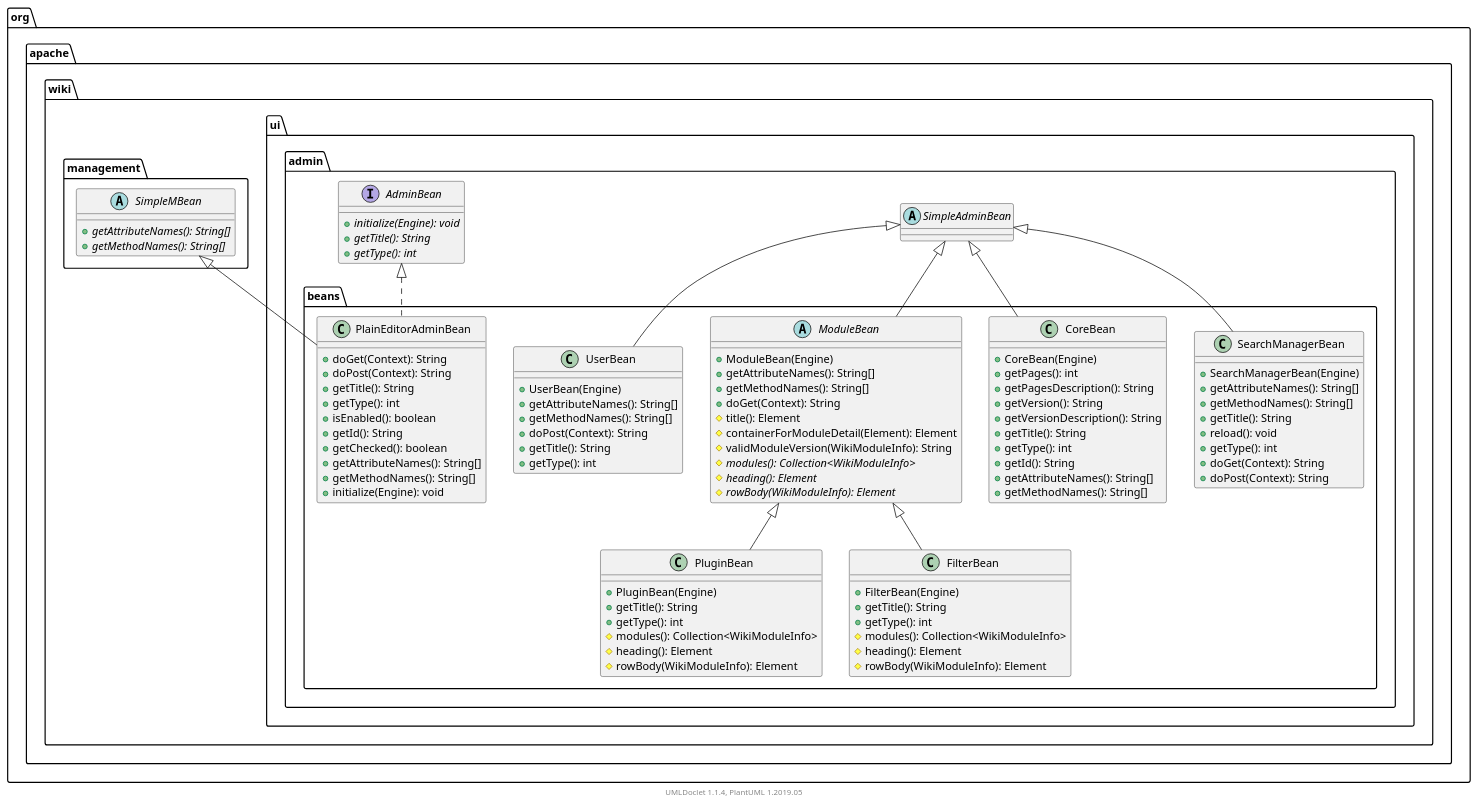
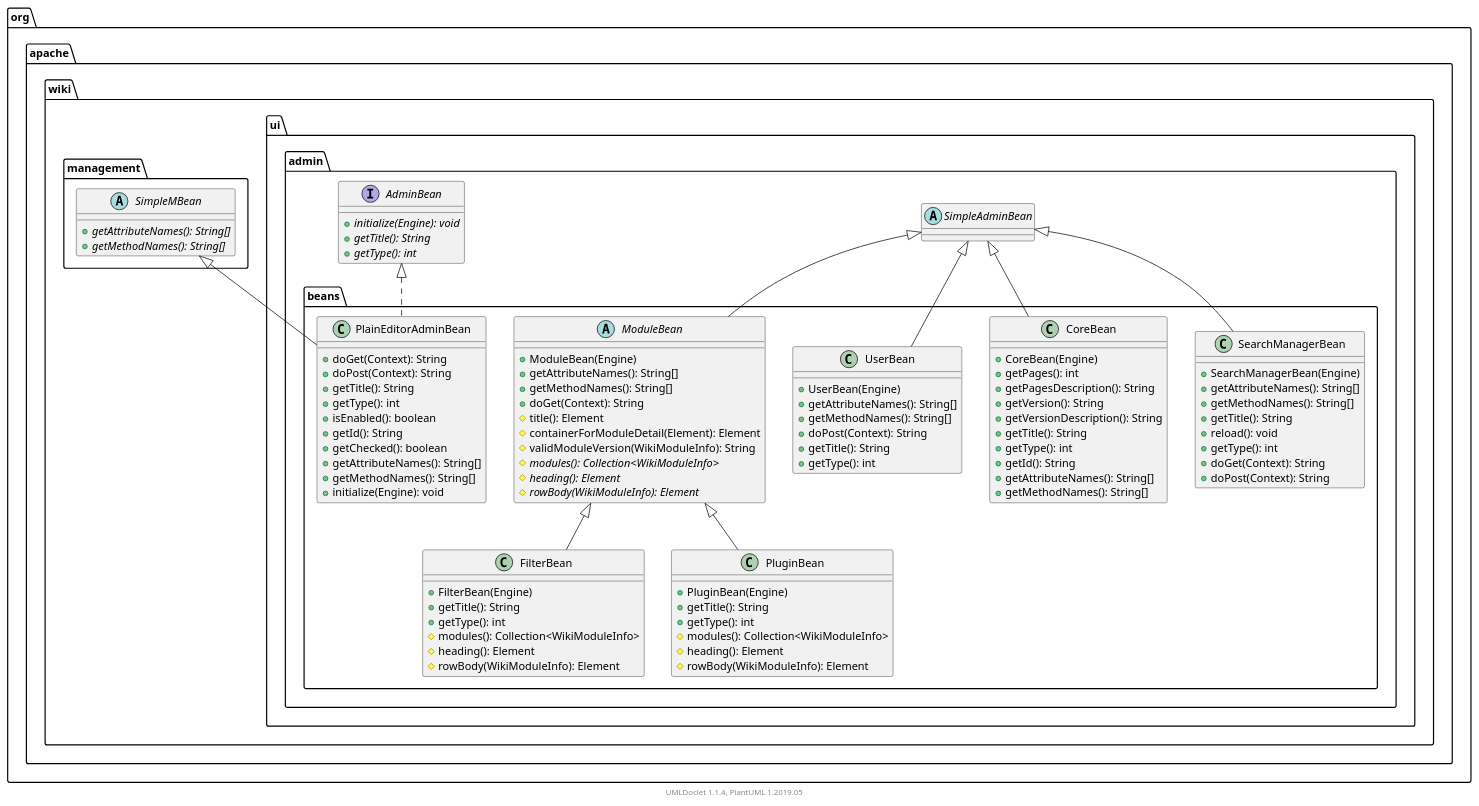
One commit to apache/jspwiki-site changed the diagram in apidocs/2.11.0.M7-SNAPSHOT/org/apache/wiki/ui/admin/beans/package.puml. Above: the diagram before and after it, drawn with PlantUML. The commit also changed other lines of this file and 1804 other files, not shown here.

```diff
--- a/apidocs/2.11.0.M7-SNAPSHOT/org/apache/wiki/ui/admin/beans/package.puml
+++ b/apidocs/2.11.0.M7-SNAPSHOT/org/apache/wiki/ui/admin/beans/package.puml
@@ -1,112 +1,112 @@
 @startuml
 
     namespace org.apache.wiki.ui.admin.beans {
-
-        class SearchManagerBean [[SearchManagerBean.html]] {
-            +SearchManagerBean(Engine)
-            +getAttributeNames(): String[]
-            +getMethodNames(): String[]
-            +getTitle(): String
-            +reload(): void
-            +getType(): int
-            +doGet(Context): String
-            +doPost(Context): String
-        }
-
-        class PluginBean [[PluginBean.html]] {
-            +PluginBean(Engine)
-            +getTitle(): String
-            +getType(): int
-            #modules(): Collection<WikiModuleInfo>
-            #heading(): Element
-            #rowBody(WikiModuleInfo): Element
-        }
 
         class FilterBean [[FilterBean.html]] {
             +FilterBean(Engine)
             +getTitle(): String
             +getType(): int
             #modules(): Collection<WikiModuleInfo>
             #heading(): Element
             #rowBody(WikiModuleInfo): Element
         }
 
         class CoreBean [[CoreBean.html]] {
             +CoreBean(Engine)
             +getPages(): int
             +getPagesDescription(): String
             +getVersion(): String
             +getVersionDescription(): String
             +getTitle(): String
             +getType(): int
             +getId(): String
             +getAttributeNames(): String[]
             +getMethodNames(): String[]
         }
 
+        class UserBean [[UserBean.html]] {
+            +UserBean(Engine)
+            +getAttributeNames(): String[]
+            +getMethodNames(): String[]
+            +doPost(Context): String
+            +getTitle(): String
+            +getType(): int
+        }
+
+        class PluginBean [[PluginBean.html]] {
+            +PluginBean(Engine)
+            +getTitle(): String
+            +getType(): int
+            #modules(): Collection<WikiModuleInfo>
+            #heading(): Element
+            #rowBody(WikiModuleInfo): Element
+        }
+
         abstract class ModuleBean [[ModuleBean.html]] {
             +ModuleBean(Engine)
             +getAttributeNames(): String[]
             +getMethodNames(): String[]
             +doGet(Context): String
             #title(): Element
             #containerForModuleDetail(Element): Element
             #validModuleVersion(WikiModuleInfo): String
             {abstract} #modules(): Collection<WikiModuleInfo>
             {abstract} #heading(): Element
             {abstract} #rowBody(WikiModuleInfo): Element
-        }
-
-        class UserBean [[UserBean.html]] {
-            +UserBean(Engine)
-            +getAttributeNames(): String[]
-            +getMethodNames(): String[]
-            +doPost(Context): String
-            +getTitle(): String
-            +getType(): int
         }
 
         class PlainEditorAdminBean [[PlainEditorAdminBean.html]] {
             +doGet(Context): String
             +doPost(Context): String
             +getTitle(): String
             +getType(): int
             +isEnabled(): boolean
             +getId(): String
             +getChecked(): boolean
             +getAttributeNames(): String[]
             +getMethodNames(): String[]
             +initialize(Engine): void
         }
 
+        class SearchManagerBean [[SearchManagerBean.html]] {
+            +SearchManagerBean(Engine)
+            +getAttributeNames(): String[]
+            +getMethodNames(): String[]
+            +getTitle(): String
+            +reload(): void
+            +getType(): int
+            +doGet(Context): String
+            +doPost(Context): String
+        }
+
+        ModuleBean <|-- FilterBean
+
         abstract class org.apache.wiki.ui.admin.SimpleAdminBean
-        org.apache.wiki.ui.admin.SimpleAdminBean <|-- SearchManagerBean
+        org.apache.wiki.ui.admin.SimpleAdminBean <|-- CoreBean
+
+        org.apache.wiki.ui.admin.SimpleAdminBean <|-- UserBean
 
         ModuleBean <|-- PluginBean
 
-        ModuleBean <|-- FilterBean
-
-        org.apache.wiki.ui.admin.SimpleAdminBean <|-- CoreBean
-
         org.apache.wiki.ui.admin.SimpleAdminBean <|-- ModuleBean
-
-        org.apache.wiki.ui.admin.SimpleAdminBean <|-- UserBean
 
         abstract class org.apache.wiki.management.SimpleMBean {
             {abstract} +getAttributeNames(): String[]
             {abstract} +getMethodNames(): String[]
         }
         org.apache.wiki.management.SimpleMBean <|-- PlainEditorAdminBean
 
         interface org.apache.wiki.ui.admin.AdminBean {
             {abstract} +initialize(Engine): void
             {abstract} +getTitle(): String
             {abstract} +getType(): int
         }
         org.apache.wiki.ui.admin.AdminBean <|.. PlainEditorAdminBean
 
+        org.apache.wiki.ui.admin.SimpleAdminBean <|-- SearchManagerBean
+
     }
 
 
     center footer UMLDoclet 1.1.4, PlantUML 1.2019.05
 @enduml
```
